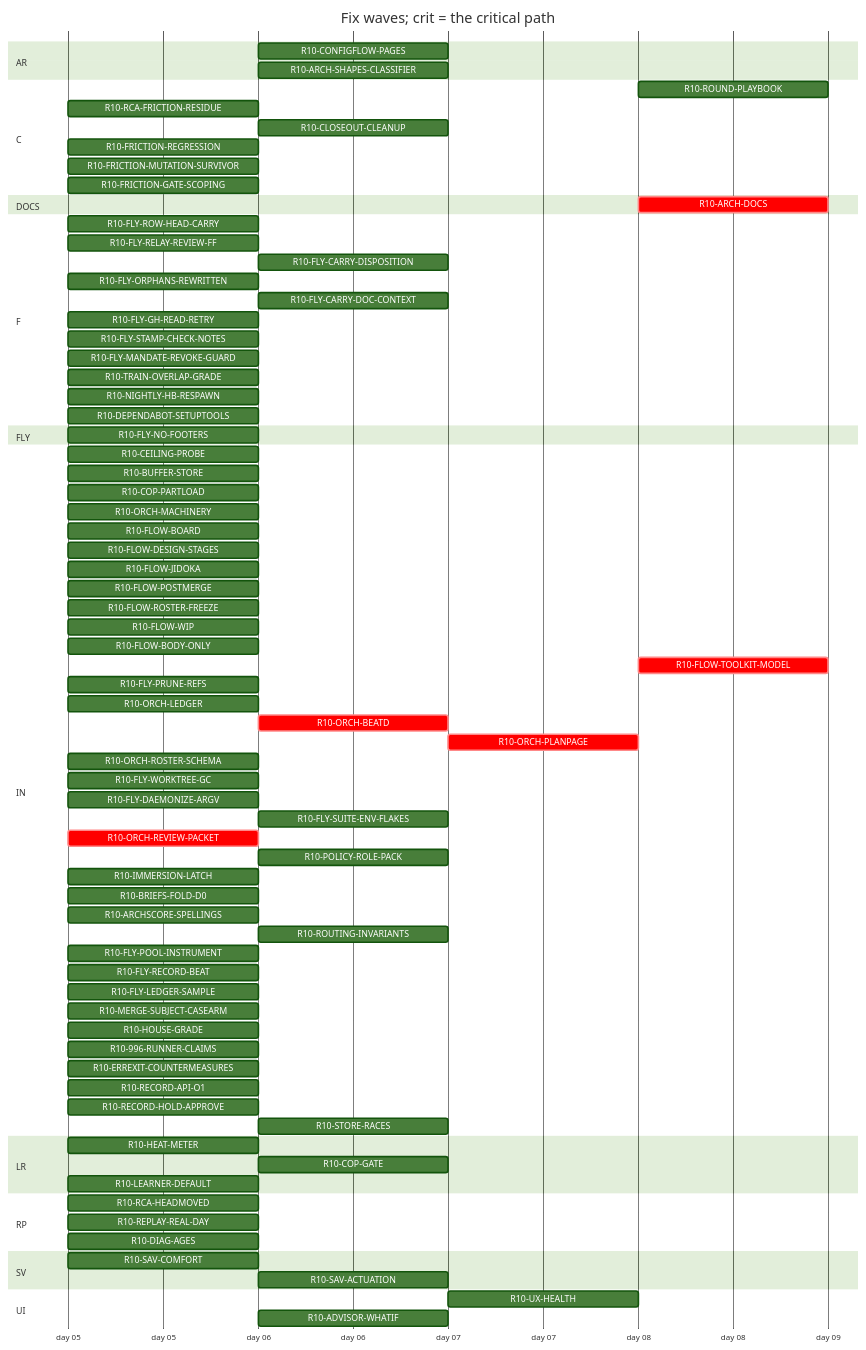
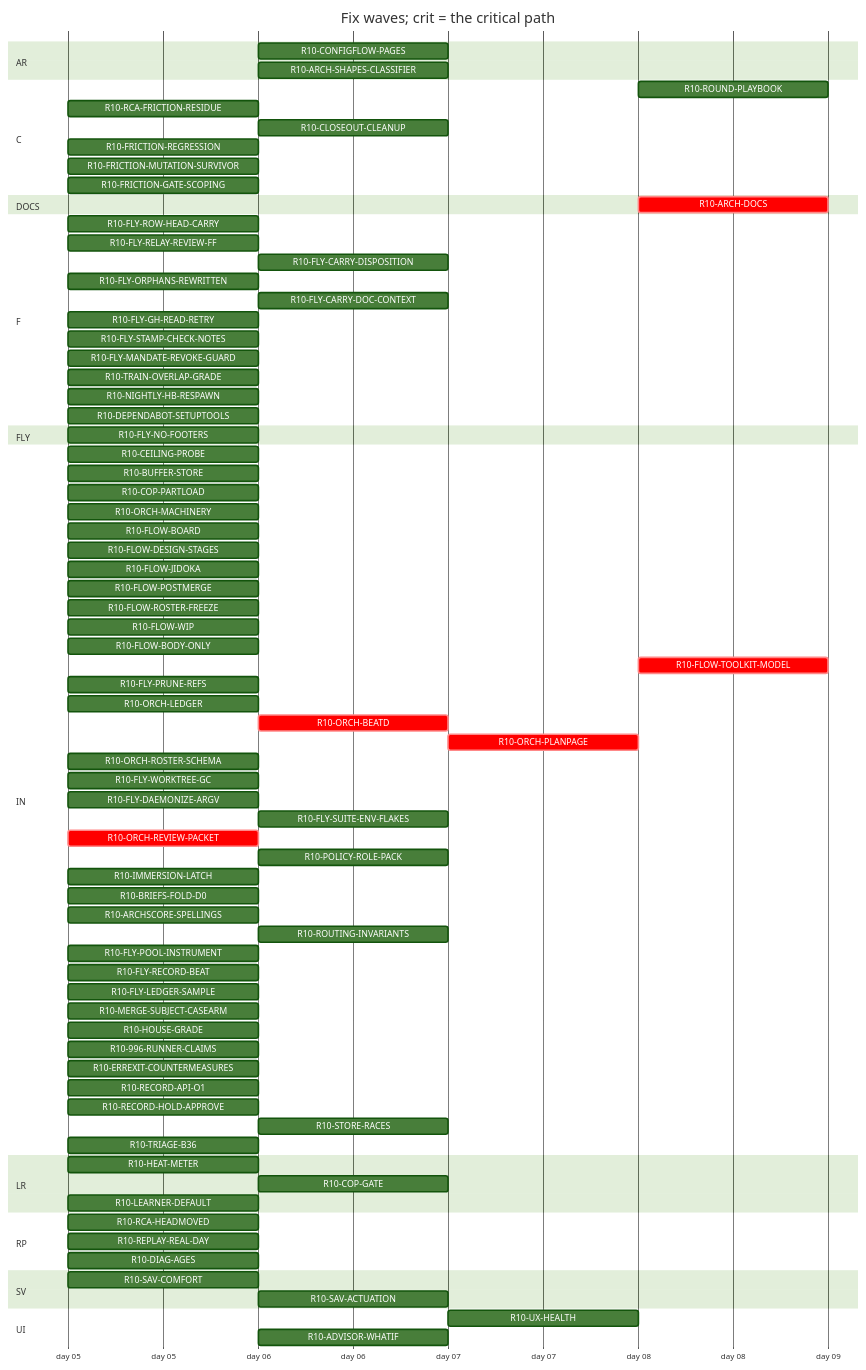
One commit to tvofi/heatpump_optimizer changed the diagram in handoff/round10/state/PLAN-TABLE.md. Above: the diagram before and after it, drawn with Mermaid (forest theme). The commit also changed other lines of this file and 2 other files, not shown here.

```diff
--- a/handoff/round10/state/PLAN-TABLE.md
+++ b/handoff/round10/state/PLAN-TABLE.md
@@ -88,6 +88,7 @@
     R10-RECORD-API-O1 :r10RECORDAPIO1, 2026-01-05, 1d
     R10-RECORD-HOLD-APPROVE :r10RECORDHOLDAPPROVE, 2026-01-05, 1d
     R10-STORE-RACES :r10STORERACES, after r10BUFFERSTORE, 1d
+    R10-TRIAGE-B36 :r10TRIAGEB36, 2026-01-05, 1d
   section LR
     R10-HEAT-METER :r10HEATMETER, 2026-01-05, 1d
     R10-COP-GATE :r10COPGATE, after r10HEATMETER, 1d
```
